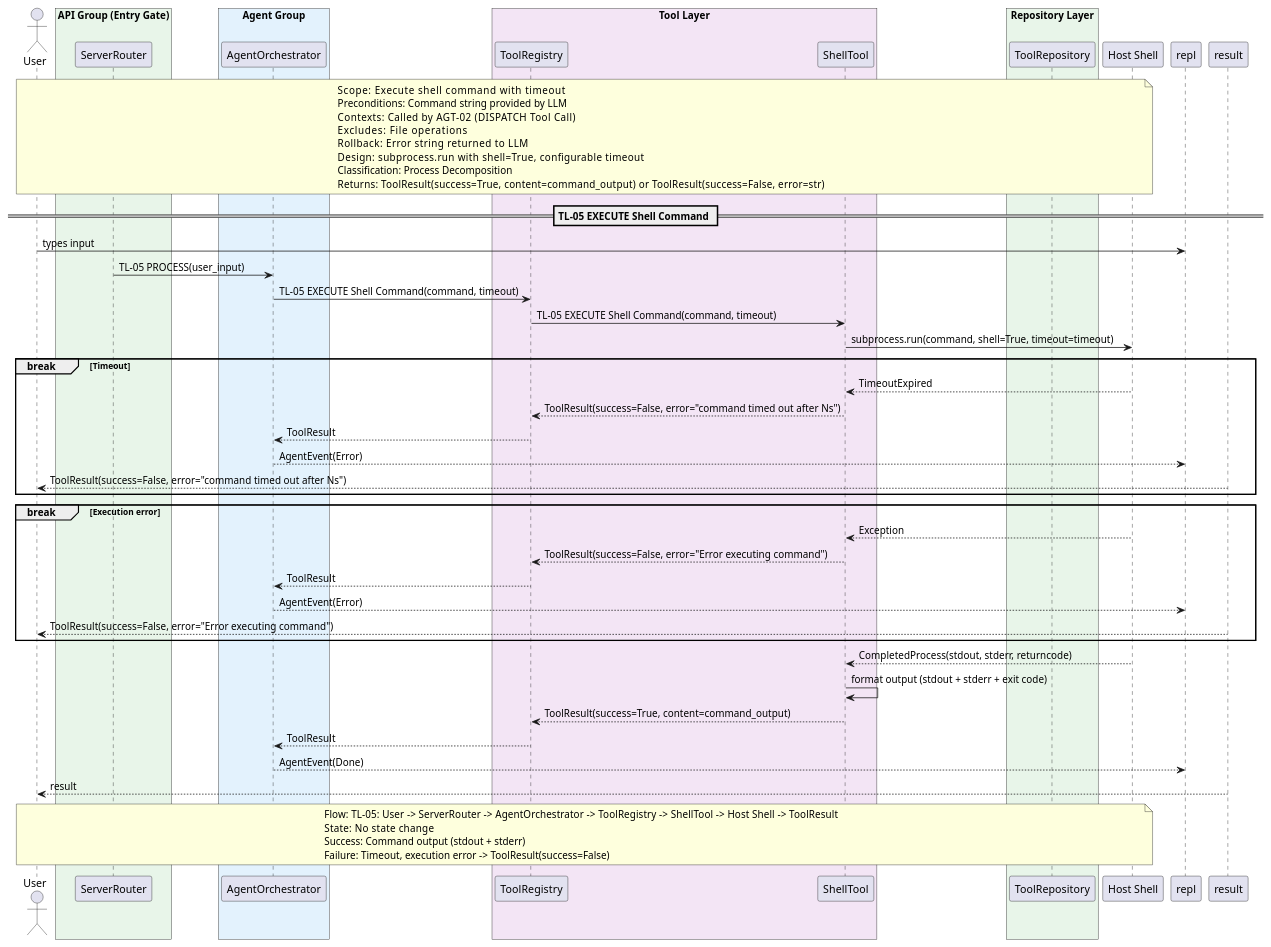
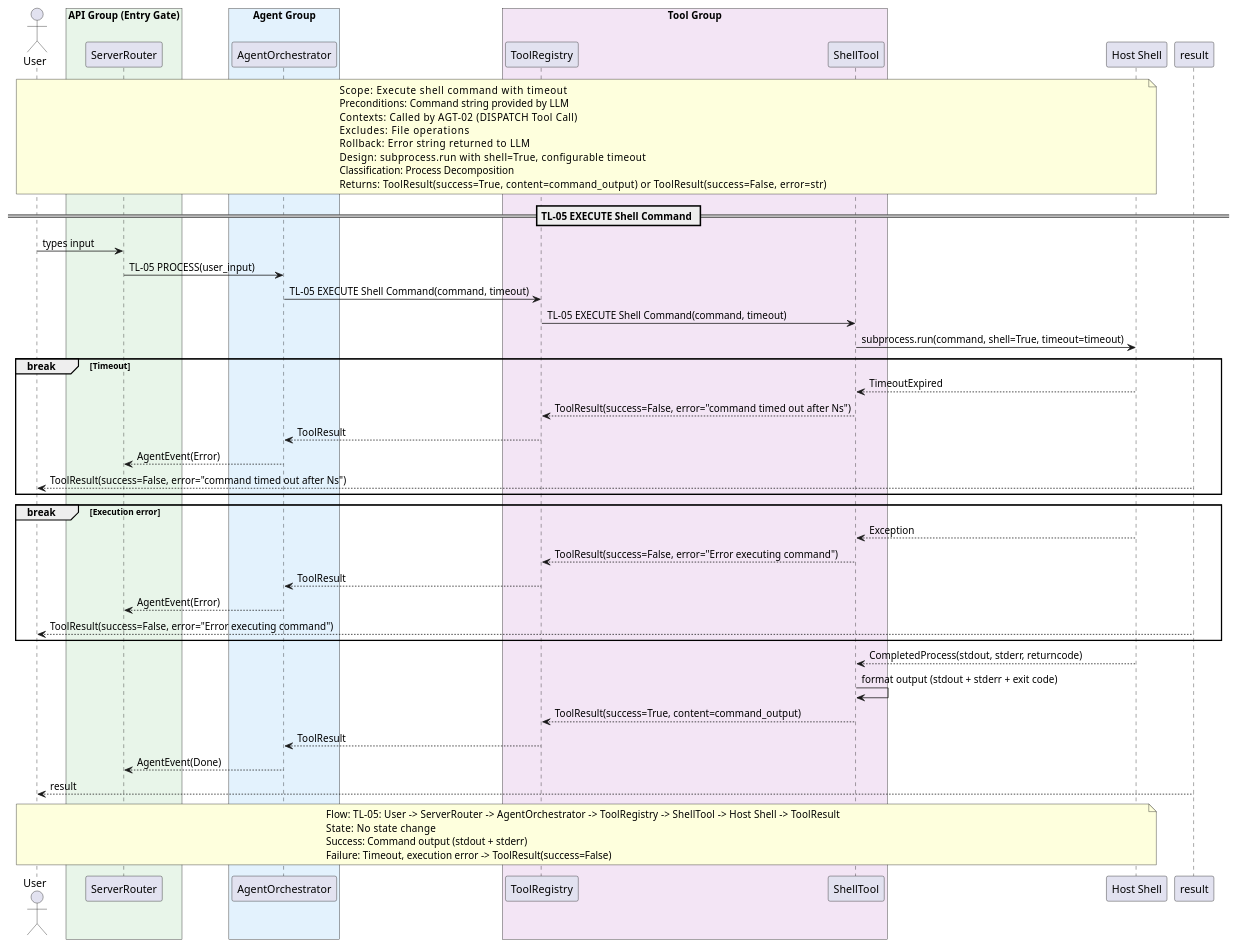
One commit to salimnamvar/nasim changed the diagram in docs/SQ/TL/sq_tl05_dispatch_shell_command.puml. Above: the diagram before and after it, drawn with PlantUML. The commit also changed 186 other files, not shown here.

Commit message:
docs: Delete outdated sequence diagram skill documentation and replace with a comprehensive rulebook for use case diagram design derived from C4 architecture, ensuring full coverage of systems, containers, components, and CRUD-format naming conventions.

```diff
--- a/docs/SQ/TL/sq_tl05_dispatch_shell_command.puml
+++ b/docs/SQ/TL/sq_tl05_dispatch_shell_command.puml
@@ -1,78 +1,75 @@
 @startuml sq_tl05_dispatch_shell_command
 ' ============================================================
 ' Title:     TL-05 — Dispatch Shell Command
 ' Boundary:  nasim code agent CLI
 ' Purpose:   Shell command execution with timeout
 ' Milestone: v1.0
-' Version:   8.0.0
+' Version:   9.1.0
 ' Source:    CAR refinement loop — API-First transformation
 ' Review:    —
 ' ============================================================
 
 actor "User" as user
 
 box "API Group (Entry Gate)" #E8F5E9
   participant "ServerRouter" as router
 end box
 box "Agent Group" #E3F2FD
   participant "AgentOrchestrator" as agent
 end box
-box "Tool Layer" #F3E5F5
+box "Tool Group" #F3E5F5
   participant "ToolRegistry" as registry
   participant "ShellTool" as st
-end box
-box "Repository Layer" #E8F5E9
-  participant "ToolRepository" as tool_repo
 end box
 participant "Host Shell" as shell
 
 note over user, shell
   Scope:          Execute shell command with timeout
   Preconditions:  Command string provided by LLM
   Contexts:       Called by AGT-02 (DISPATCH Tool Call)
   Excludes:       File operations
   Rollback:       Error string returned to LLM
   Design:         subprocess.run with shell=True, configurable timeout
   Classification: Process Decomposition
   Returns:        ToolResult(success=True, content=command_output) or ToolResult(success=False, error=str)
 end note
 
 == TL-05 EXECUTE Shell Command ==
 
-user -> repl : types input
+user -> router : types input
 router -> agent : TL-05 PROCESS(user_input)
 agent -> registry : TL-05 EXECUTE Shell Command(command, timeout)
 registry -> st : TL-05 EXECUTE Shell Command(command, timeout)
 st -> shell : subprocess.run(command, shell=True, timeout=timeout)
 
 break Timeout
     shell --> st : TimeoutExpired
     st --> registry : ToolResult(success=False, error="command timed out after Ns")
     registry --> agent : ToolResult
-    agent --> repl : AgentEvent(Error)
+    agent --> router : AgentEvent(Error)
     result --> user : ToolResult(success=False, error="command timed out after Ns")
 end
 
 break Execution error
     shell --> st : Exception
     st --> registry : ToolResult(success=False, error="Error executing command")
     registry --> agent : ToolResult
-    agent --> repl : AgentEvent(Error)
+    agent --> router : AgentEvent(Error)
     result --> user : ToolResult(success=False, error="Error executing command")
 end
 
 shell --> st : CompletedProcess(stdout, stderr, returncode)
 st -> st : format output (stdout + stderr + exit code)
 st --> registry : ToolResult(success=True, content=command_output)
 registry --> agent : ToolResult
-agent --> repl : AgentEvent(Done)
+agent --> router : AgentEvent(Done)
 result --> user : result
 
 note over user, shell
   Flow:    TL-05: User -> ServerRouter -> AgentOrchestrator -> ToolRegistry -> ShellTool -> Host Shell -> ToolResult
   State:   No state change
   Success: Command output (stdout + stderr)
   Failure: Timeout, execution error -> ToolResult(success=False)
 end note
 
 @enduml
```
